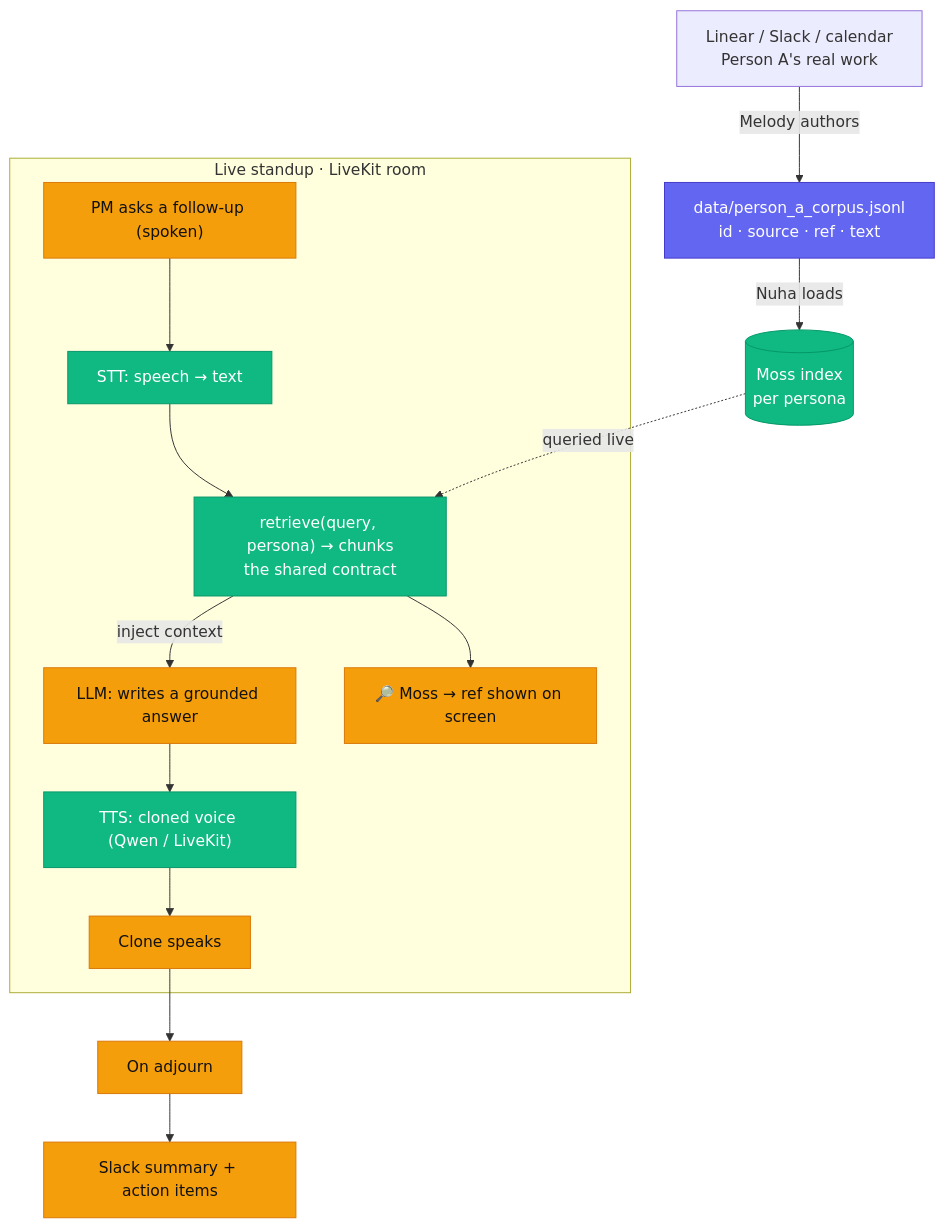
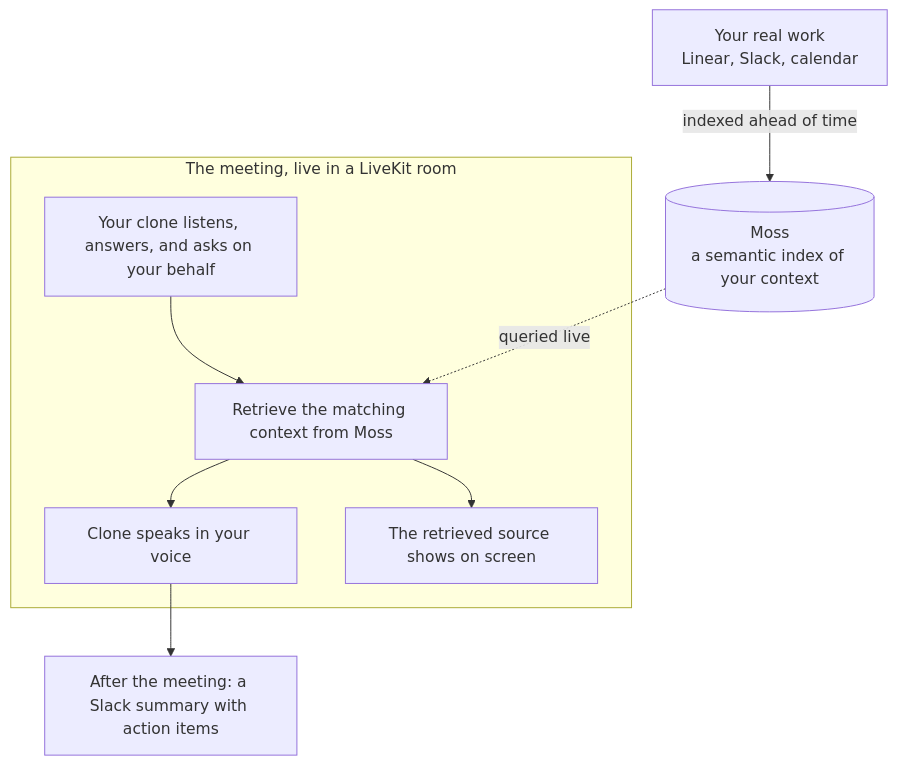
Before and after one commit to nuhamohamed/voiceai: the diagram in README.md, drawn with Mermaid. The commit also changed other lines of this file and 129 other files, not shown here.

````diff
--- a/README.md
+++ b/README.md
@@ -19,33 +29,19 @@
 ```mermaid
 flowchart TB
-    src["Linear / Slack / calendar<br/>Person A's real work"]
-    corpus["data/person_a_corpus.jsonl<br/>id · source · ref · text"]
-    moss[("Moss index<br/>per persona")]
+    src["Your real work<br/>Linear, Slack, calendar"]
+    moss[("Moss<br/>a semantic index of your context")]
+    src -->|indexed ahead of time| moss
 
-    src -->|Melody authors| corpus
-    corpus -->|Nuha loads| moss
-
-    subgraph room["Live standup · LiveKit room"]
-        pm["PM asks a follow-up (spoken)"]
-        stt["STT: speech → text"]
-        ret["retrieve(query, persona) → chunks<br/>the shared contract"]
-        llm["LLM: writes a grounded answer"]
-        tts["TTS: cloned voice (Qwen / LiveKit)"]
-        say["Clone speaks"]
-        trace["🔎 Moss → ref shown on screen"]
-        pm --> stt --> ret
-        ret -->|inject context| llm --> tts --> say
-        ret --> trace
+    subgraph room["The meeting, live in a LiveKit room"]
+        q["Your clone listens, answers, and asks on your behalf"]
+        ret["Retrieve the matching context from Moss"]
+        ans["Clone speaks in your voice"]
+        screen["The retrieved source shows on screen"]
+        q --> ret
+        ret --> ans
+        ret --> screen
     end
 
     moss -.->|queried live| ret
-    say --> adj["On adjourn"]
-    adj --> slack["Slack summary + action items"]
-
-    classDef melody fill:#6366f1,stroke:#4338ca,color:#fff
-    classDef nuha fill:#10b981,stroke:#059669,color:#fff
-    classDef tony fill:#f59e0b,stroke:#d97706,color:#111
-    class corpus melody
-    class moss,ret,stt,tts nuha
-    class pm,llm,say,trace,adj,slack tony
+    ans --> slack["After the meeting: a Slack summary with action items"]
 ```
````
